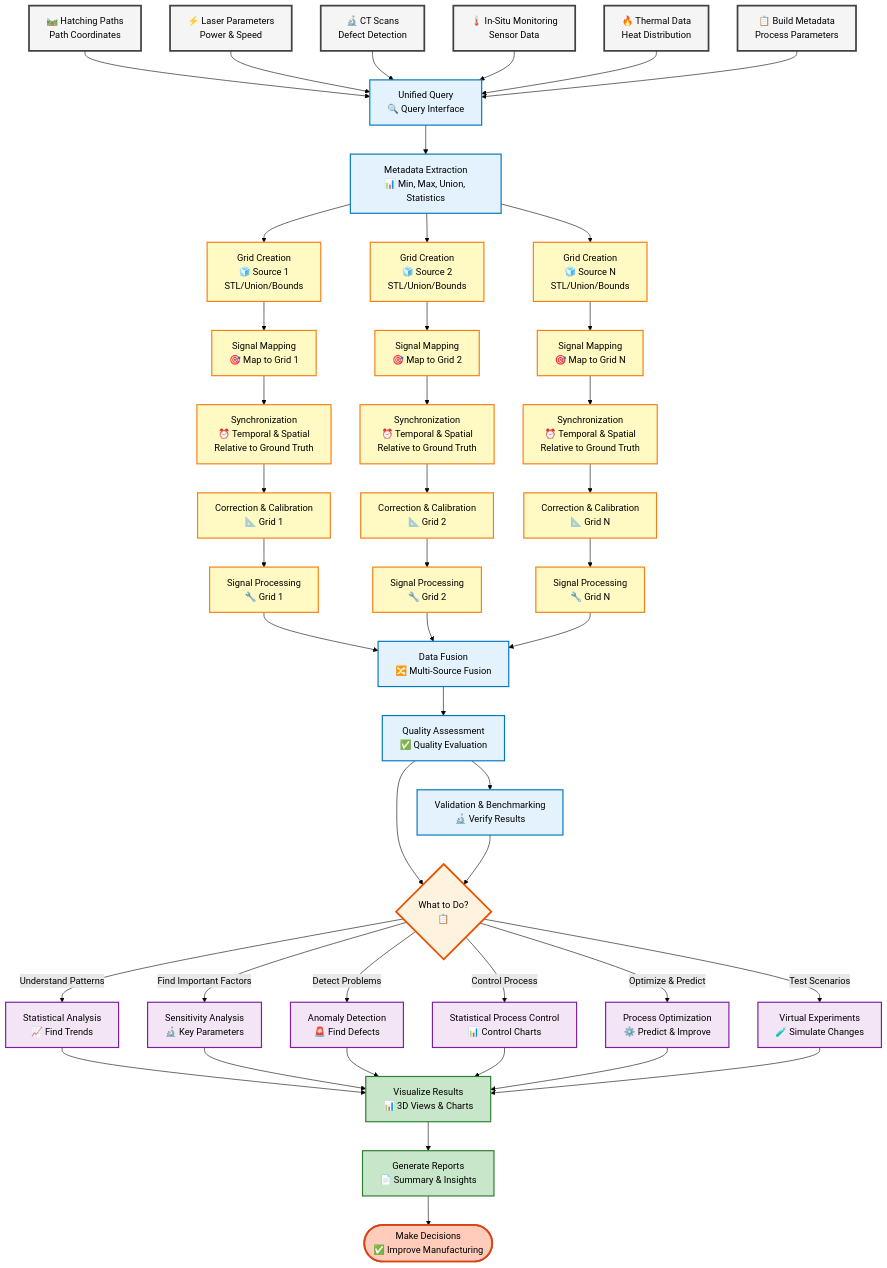
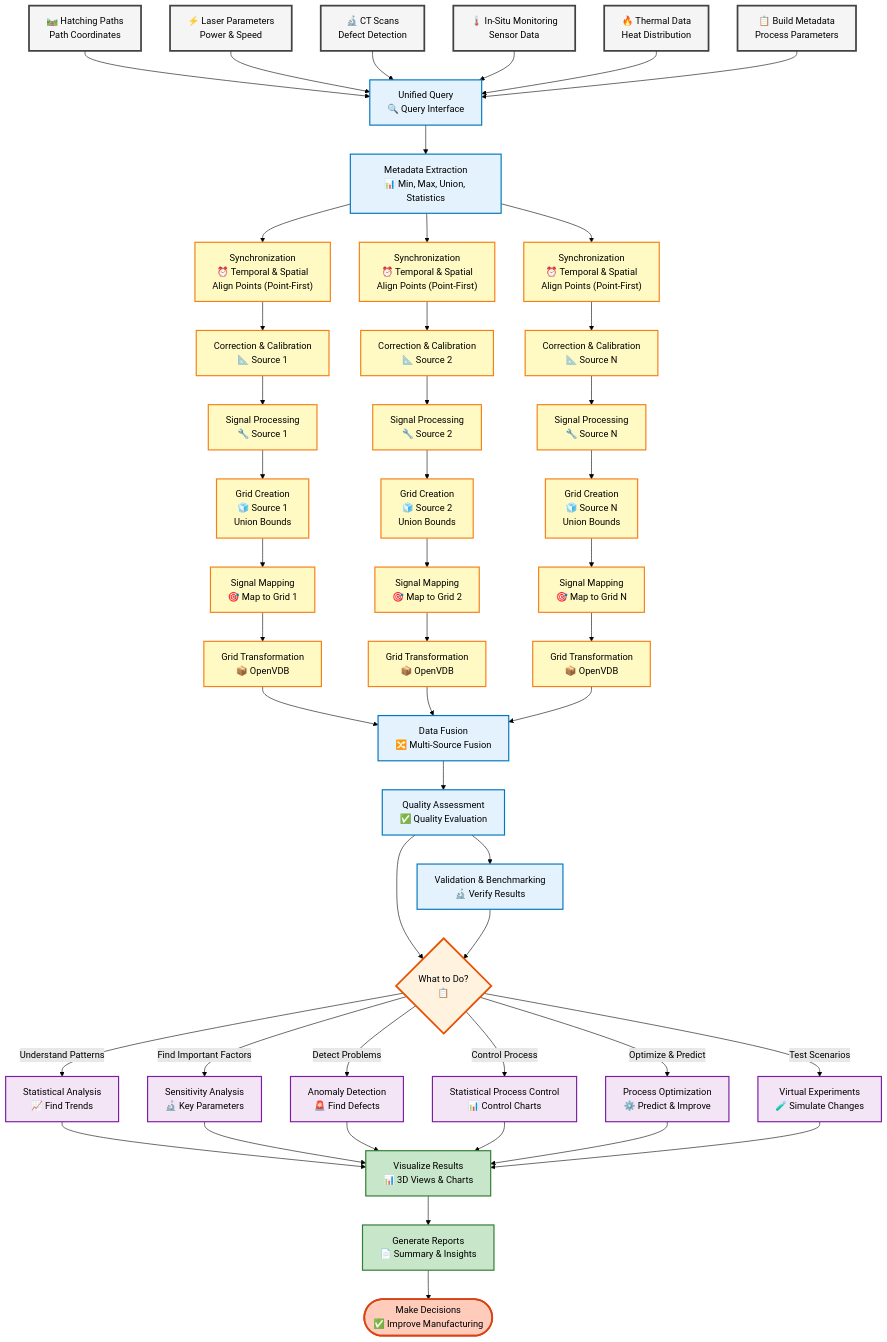
One commit to kanhaiya-gupta/AM-QADF changed the diagram in README.md. Above: the diagram before and after it, drawn with Mermaid (forest theme). The commit also changed other lines of this file and 699 other files, not shown here.

````diff
--- a/README.md
+++ b/README.md
@@ -10,77 +10,81 @@
 ```mermaid
 flowchart TD
     Hatching["🛤️ Hatching Paths<br/>Path Coordinates"] --> Query["Unified Query<br/>🔍 Query Interface"]
     Laser["⚡ Laser Parameters<br/>Power & Speed"] --> Query
     CT["🔬 CT Scans<br/>Defect Detection"] --> Query
     ISPM["🌡️ In-Situ Monitoring<br/>Sensor Data"] --> Query
     Thermal["🔥 Thermal Data<br/>Heat Distribution"] --> Query
     Metadata["📋 Build Metadata<br/>Process Parameters"] --> Query
     
     Query --> MetadataExtract["Metadata Extraction<br/>📊 Min, Max, Union, Statistics"]
     
-    MetadataExtract --> Grid1["Grid Creation<br/>🧊 Source 1<br/>STL/Union/Bounds"]
-    MetadataExtract --> Grid2["Grid Creation<br/>🧊 Source 2<br/>STL/Union/Bounds"]
-    MetadataExtract --> Grid3["Grid Creation<br/>🧊 Source N<br/>STL/Union/Bounds"]
+    MetadataExtract --> Sync1["Synchronization<br/>⏰ Temporal & Spatial<br/>Align Points (Point-First)"]
+    MetadataExtract --> Sync2["Synchronization<br/>⏰ Temporal & Spatial<br/>Align Points (Point-First)"]
+    MetadataExtract --> Sync3["Synchronization<br/>⏰ Temporal & Spatial<br/>Align Points (Point-First)"]
+    
+    Sync1 --> Correct1["Correction & Calibration<br/>📐 Source 1"]
+    Sync2 --> Correct2["Correction & Calibration<br/>📐 Source 2"]
+    Sync3 --> Correct3["Correction & Calibration<br/>📐 Source N"]
+    
+    Correct1 --> Process1["Signal Processing<br/>🔧 Source 1"]
+    Correct2 --> Process2["Signal Processing<br/>🔧 Source 2"]
+    Correct3 --> Process3["Signal Processing<br/>🔧 Source N"]
+    
+    Process1 --> Grid1["Grid Creation<br/>🧊 Source 1<br/>Union Bounds"]
+    Process2 --> Grid2["Grid Creation<br/>🧊 Source 2<br/>Union Bounds"]
+    Process3 --> Grid3["Grid Creation<br/>🧊 Source N<br/>Union Bounds"]
     
     Grid1 --> Map1["Signal Mapping<br/>🎯 Map to Grid 1"]
     Grid2 --> Map2["Signal Mapping<br/>🎯 Map to Grid 2"]
     Grid3 --> Map3["Signal Mapping<br/>🎯 Map to Grid N"]
     
-    Map1 --> Sync1["Synchronization<br/>⏰ Temporal & Spatial<br/>Relative to Ground Truth"]
-    Map2 --> Sync2["Synchronization<br/>⏰ Temporal & Spatial<br/>Relative to Ground Truth"]
-    Map3 --> Sync3["Synchronization<br/>⏰ Temporal & Spatial<br/>Relative to Ground Truth"]
+    Map1 --> GridT1["Grid Transformation<br/>📦 OpenVDB"]
+    Map2 --> GridT2["Grid Transformation<br/>📦 OpenVDB"]
+    Map3 --> GridT3["Grid Transformation<br/>📦 OpenVDB"]
     
-    Sync1 --> Correct1["Correction & Calibration<br/>📐 Grid 1"]
-    Sync2 --> Correct2["Correction & Calibration<br/>📐 Grid 2"]
-    Sync3 --> Correct3["Correction & Calibration<br/>📐 Grid N"]
-    
-    Correct1 --> Process1["Signal Processing<br/>🔧 Grid 1"]
-    Correct2 --> Process2["Signal Processing<br/>🔧 Grid 2"]
-    Correct3 --> Process3["Signal Processing<br/>🔧 Grid N"]
-    
-    Process1 --> Fusion["Data Fusion<br/>🔀 Multi-Source Fusion"]
-    Process2 --> Fusion
-    Process3 --> Fusion
+    GridT1 --> Fusion["Data Fusion<br/>🔀 Multi-Source Fusion"]
+    GridT2 --> Fusion
+    GridT3 --> Fusion
     
     Fusion --> Quality["Quality Assessment<br/>✅ Quality Evaluation"]
     
     Quality --> Validate["Validation & Benchmarking<br/>🔬 Verify Results"]
     Quality --> Analyze{"What to Do?<br/>📋"}
     
     Validate --> Analyze
     
     Analyze -->|Understand Patterns| Stats["Statistical Analysis<br/>📈 Find Trends"]
     Analyze -->|Find Important Factors| Sensitivity["Sensitivity Analysis<br/>🔬 Key Parameters"]
     Analyze -->|Detect Problems| Anomaly["Anomaly Detection<br/>🚨 Find Defects"]
     Analyze -->|Control Process| SPC["Statistical Process Control<br/>📊 Control Charts"]
     Analyze -->|Optimize & Predict| Process["Process Optimization<br/>⚙️ Predict & Improve"]
     Analyze -->|Test Scenarios| Virtual["Virtual Experiments<br/>🧪 Simulate Changes"]
     
     Stats --> Visualize["Visualize Results<br/>📊 3D Views & Charts"]
     Sensitivity --> Visualize
     Anomaly --> Visualize
     SPC --> Visualize
     Process --> Visualize
     Virtual --> Visualize
     
     Visualize --> Report["Generate Reports<br/>📄 Summary & Insights"]
     
     Report --> Decision([Make Decisions<br/>✅ Improve Manufacturing])
     
     %% Styling
     classDef input fill:#f5f5f5,stroke:#424242,stroke-width:3px
     classDef process fill:#e3f2fd,stroke:#0277bd,stroke-width:2px
     classDef parallel fill:#fff9c4,stroke:#f57f17,stroke-width:2px
     classDef decision fill:#fff3e0,stroke:#e65100,stroke-width:3px
     classDef analysis fill:#f3e5f5,stroke:#7b1fa2,stroke-width:2px
     classDef output fill:#c8e6c9,stroke:#2e7d32,stroke-width:2px
     classDef action fill:#ffccbc,stroke:#d84315,stroke-width:3px
     
     class Hatching,Laser,CT,ISPM,Thermal,Metadata input
     class Query,MetadataExtract,Fusion,Quality,Validate process
-    class Grid1,Grid2,Grid3,Map1,Map2,Map3,Sync1,Sync2,Sync3,Correct1,Correct2,Correct3,Process1,Process2,Process3 parallel
+    class Sync1,Sync2,Sync3,Correct1,Correct2,Correct3,Process1,Process2,Process3,Grid1,Grid2,Grid3,Map1,Map2,Map3,GridT1,GridT2,GridT3 parallel
     class Analyze decision
     class Stats,Sensitivity,Anomaly,SPC,Process,Virtual analysis
     class Visualize,Report output
     class Decision action
 ```
````
